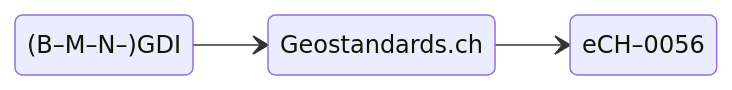
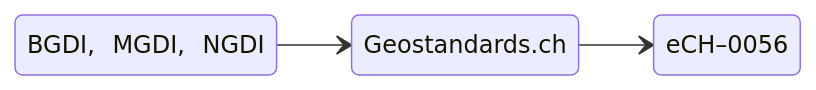
The diagram in 01_kick-off_meeting/README.md (MediaComem/eCH-0056-revision), drawn with Mermaid before and after one commit. The commit also changed other lines of this file, not shown here.

````diff
--- a/01_kick-off_meeting/README.md
+++ b/01_kick-off_meeting/README.md
@@ -97,6 +88,6 @@
 ```mermaid
 stateDiagram
     direction LR
     Geostandards.ch --> eCH#8211;0056 
-    (B#8211;M#8211;N#8211;)GDI --> Geostandards.ch  
+    BGDI,#10240;MGDI,#10240;NGDI --> Geostandards.ch  
 ```
````
